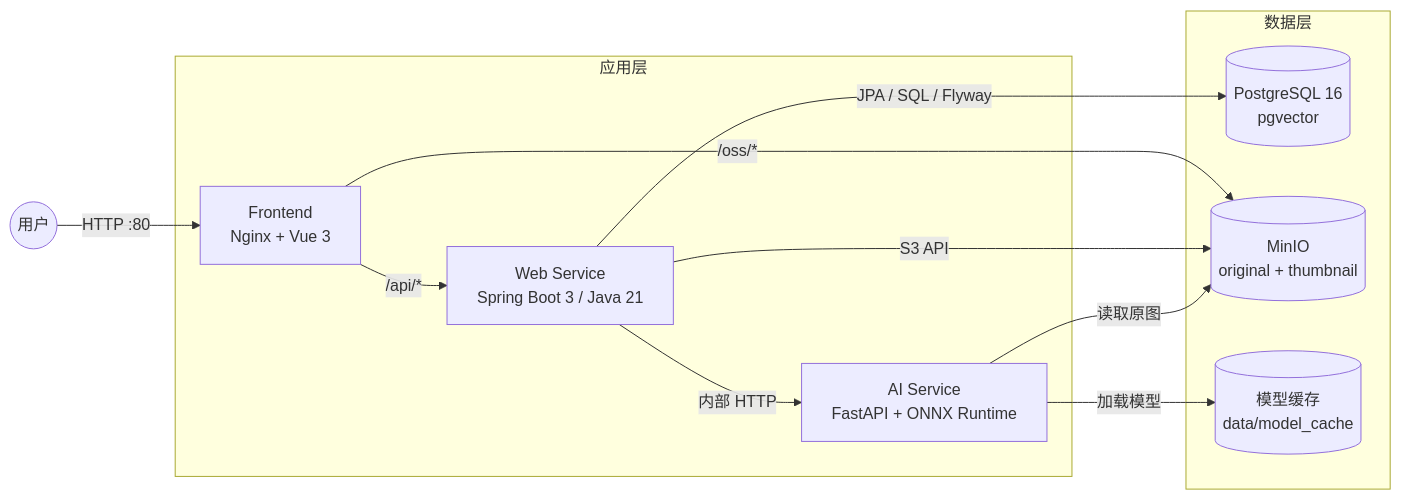
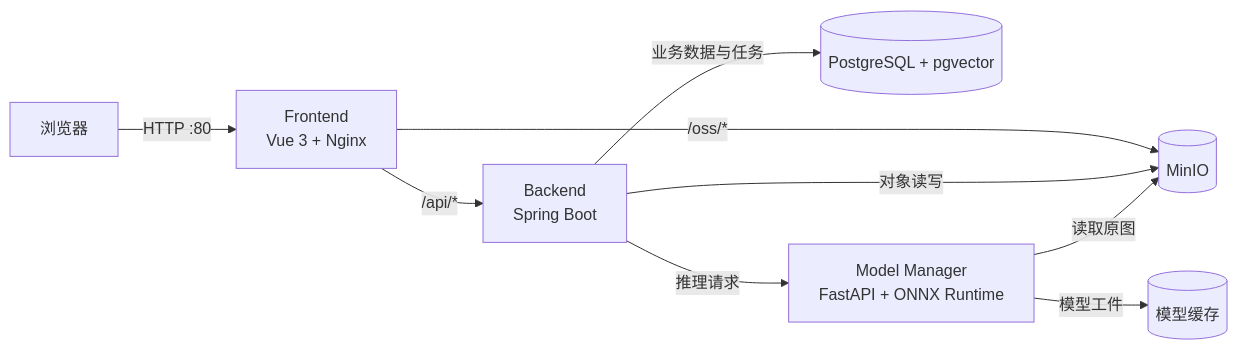
The first of 2 diagrams in docs/architecture.md (tamakara/bakabooru), drawn with Mermaid before and after one commit. The commit also changed other lines of this file and 161 other files, not shown here.

````diff
--- a/docs/architecture.md
+++ b/docs/architecture.md
@@ -7,24 +7,11 @@
 ```mermaid
 flowchart LR
-    User(("用户")) -->|"HTTP :80"| Nginx
-
-    subgraph App["应用层"]
-        Nginx["Frontend<br/>Nginx + Vue 3"]
-        Web["Web Service<br/>Spring Boot 3 / Java 21"]
-        AI["AI Service<br/>FastAPI + ONNX Runtime"]
-    end
-
-    subgraph Data["数据层"]
-        PG[("PostgreSQL 16<br/>pgvector")]
-        MinIO[("MinIO<br/>original + thumbnail")]
-        Cache[("模型缓存<br/>data/model_cache")]
-    end
-
-    Nginx -->|"/api/*"| Web
-    Nginx -->|"/oss/*"| MinIO
-    Web -->|"JPA / SQL / Flyway"| PG
-    Web -->|"S3 API"| MinIO
-    Web -->|"内部 HTTP"| AI
-    AI -->|"读取原图"| MinIO
-    AI -->|"加载模型"| Cache
+    User[浏览器] -->|HTTP :80| Frontend[Frontend<br/>Vue 3 + Nginx]
+    Frontend -->|/api/*| Backend[Backend<br/>Spring Boot]
+    Frontend -->|/oss/*| MinIO[(MinIO)]
+    Backend -->|业务数据与任务| PostgreSQL[(PostgreSQL + pgvector)]
+    Backend -->|对象读写| MinIO
+    Backend -->|推理请求| Manager[Model Manager<br/>FastAPI + ONNX Runtime]
+    Manager -->|读取原图| MinIO
+    Manager -->|模型工件| Cache[(模型缓存)]
 ```
````
